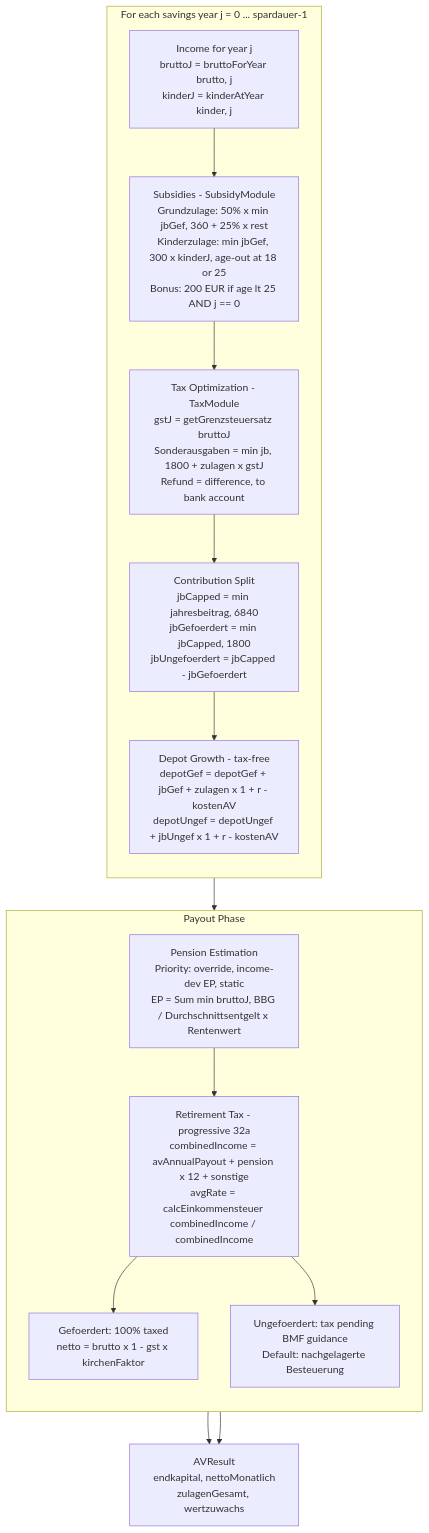
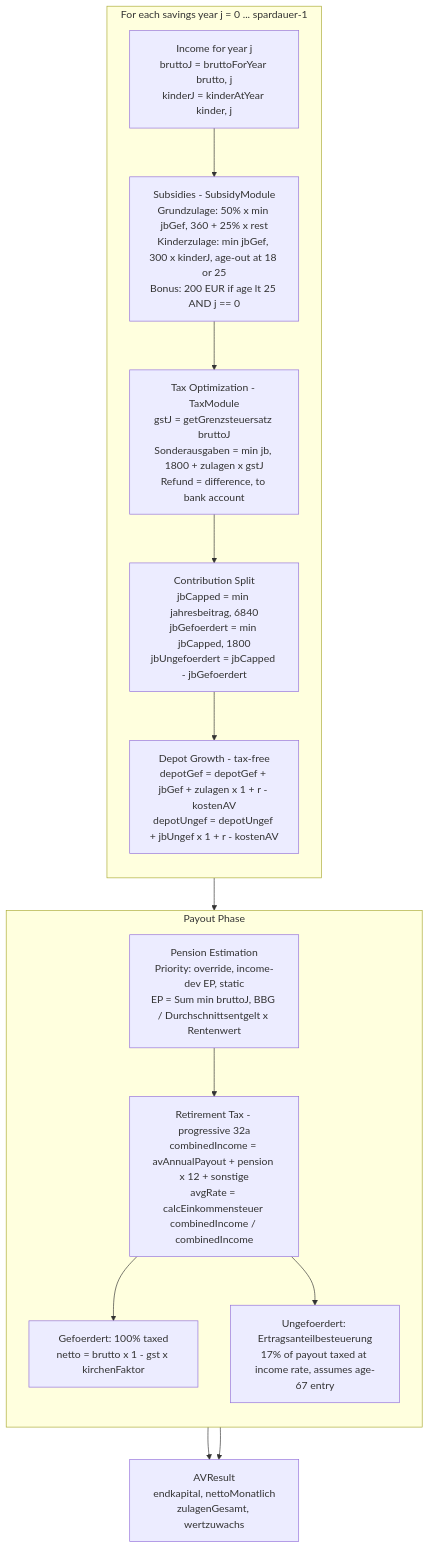
Before and after one commit to chraig/de_altersvorsorge_depot: the second of 4 diagrams in docs/CALCULATION_MAP.md, drawn with Mermaid. The commit also changed 10 other files, not shown here.

````diff
--- a/docs/CALCULATION_MAP.md
+++ b/docs/CALCULATION_MAP.md
@@ -50,24 +50,24 @@
 ```mermaid
 flowchart TD
     subgraph LOOP["For each savings year j = 0 ... spardauer-1"]
         direction TB
         INC["Income for year j<br/>bruttoJ = bruttoForYear brutto, j<br/>kinderJ = kinderAtYear kinder, j"]
         SUB["Subsidies - SubsidyModule<br/>Grundzulage: 50% x min jbGef, 360 + 25% x rest<br/>Kinderzulage: min jbGef, 300 x kinderJ, age-out at 18 or 25<br/>Bonus: 200 EUR if age lt 25 AND j == 0"]
         TAX["Tax Optimization - TaxModule<br/>gstJ = getGrenzsteuersatz bruttoJ<br/>Sonderausgaben = min jb, 1800 + zulagen x gstJ<br/>Refund = difference, to bank account"]
         SPLIT["Contribution Split<br/>jbCapped = min jahresbeitrag, 6840<br/>jbGefoerdert = min jbCapped, 1800<br/>jbUngefoerdert = jbCapped - jbGefoerdert"]
         GROW["Depot Growth - tax-free<br/>depotGef = depotGef + jbGef + zulagen x 1 + r - kostenAV<br/>depotUngef = depotUngef + jbUngef x 1 + r - kostenAV"]
         INC --> SUB --> TAX --> SPLIT --> GROW
     end
     GROW --> PAY
     subgraph PAY["Payout Phase"]
         direction TB
         PENS["Pension Estimation<br/>Priority: override, income-dev EP, static<br/>EP = Sum min bruttoJ, BBG / Durchschnittsentgelt x Rentenwert"]
         RTAX["Retirement Tax - progressive 32a<br/>combinedIncome = avAnnualPayout + pension x 12 + sonstige<br/>avgRate = calcEinkommensteuer combinedIncome / combinedIncome"]
         GEF["Gefoerdert: 100% taxed<br/>netto = brutto x 1 - gst x kirchenFaktor"]
-        UNGEF["Ungefoerdert: tax pending BMF guidance<br/>Default: nachgelagerte Besteuerung"]
+        UNGEF["Ungefoerdert: Ertragsanteilbesteuerung<br/>17% of payout taxed at income rate, assumes age-67 entry"]
         PENS --> RTAX --> GEF
         RTAX --> UNGEF
     end
     GEF --> RES[AVResult<br/>endkapital, nettoMonatlich<br/>zulagenGesamt, wertzuwachs]
     UNGEF --> RES
 ```
````
